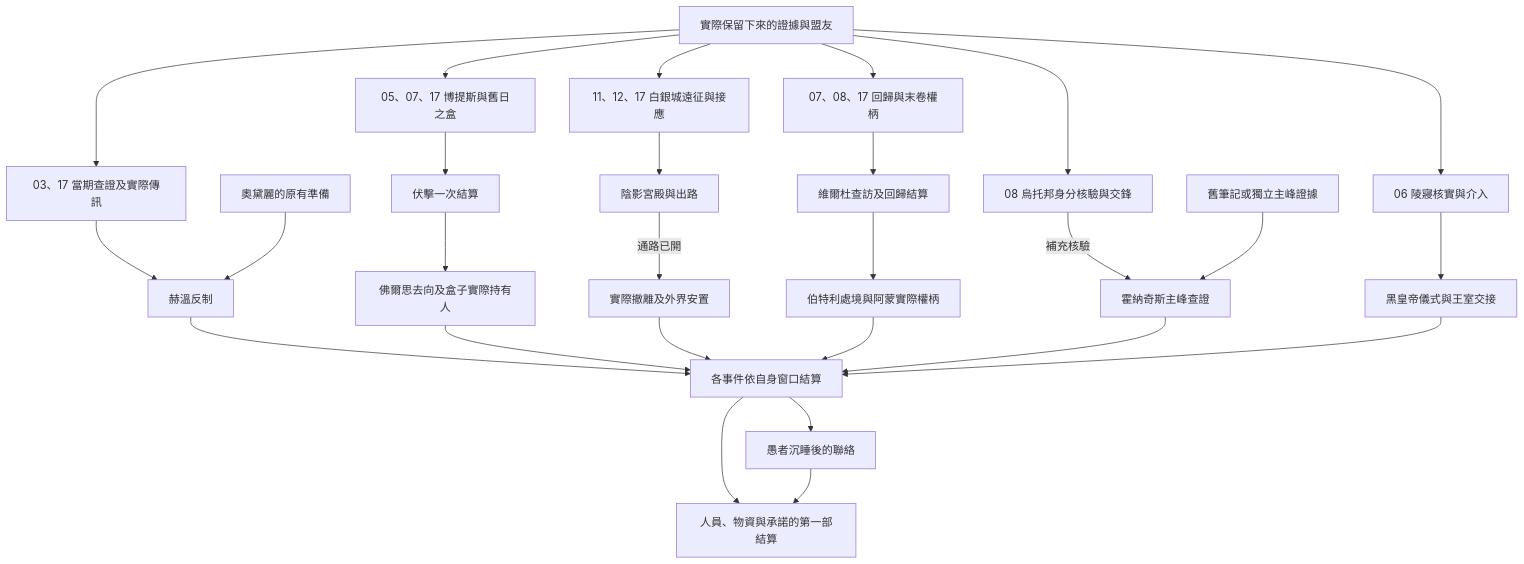
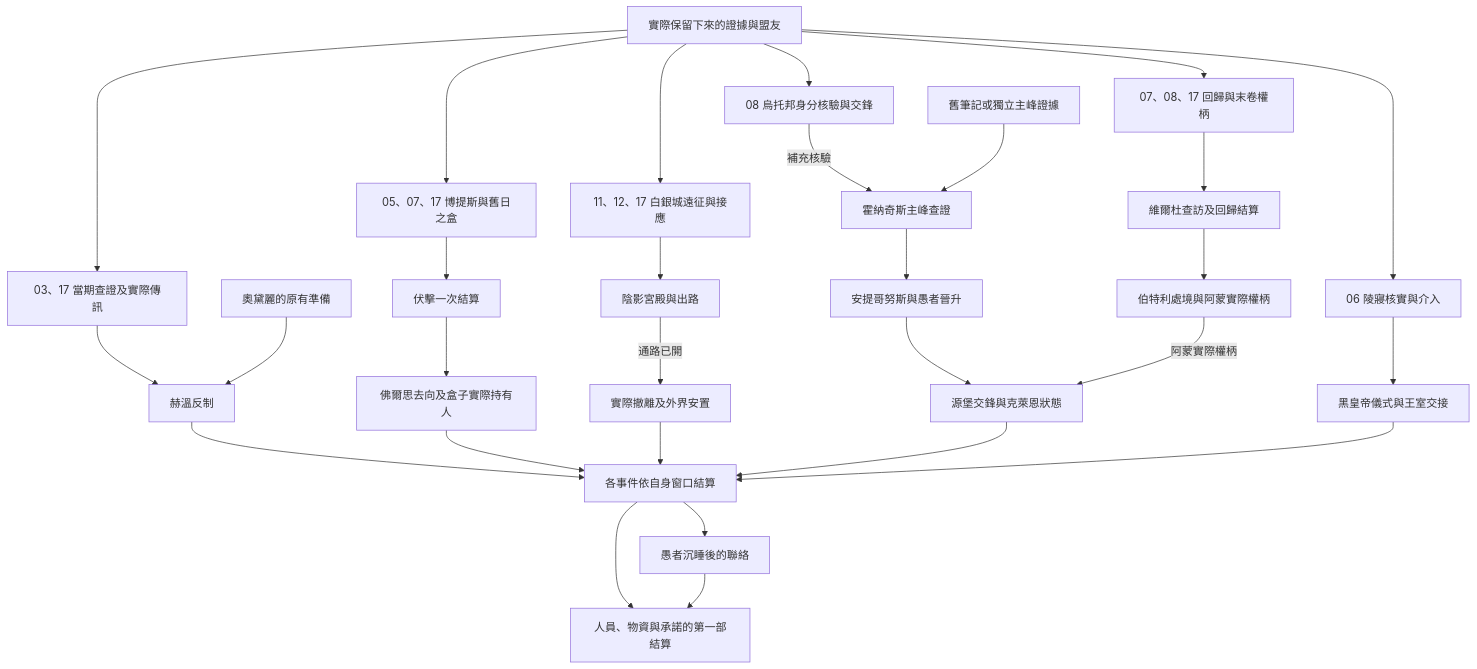
The sixth of 7 diagrams in game/events/part_one_story_tree.md (dragon961204-cmd/-), drawn with Mermaid before and after one commit. The commit also changed other lines of this file, not shown here.

Commit message:
第二十八批霍納奇斯與源堡之戰 part_one_story_tree.md

````diff
--- a/game/events/part_one_story_tree.md
+++ b/game/events/part_one_story_tree.md
@@ -136,29 +136,31 @@
 ```mermaid
 flowchart TD
     A["實際保留下來的證據與盟友"] --> L["03、17 當期查證及實際傳訊"]
     L --> B["赫溫反制"]
     M["奧黛麗的原有準備"] --> B
     A --> C["05、07、17 博提斯與舊日之盒"]
     A --> D["11、12、17 白銀城遠征與接應"]
     A --> E["07、08、17 回歸與末卷權柄"]
     E --> R["維爾杜查訪及回歸結算"]
     R --> S["伯特利處境與阿蒙實際權柄"]
     B --> F["各事件依自身窗口結算"]
     C --> N["伏擊一次結算"]
     N --> O["佛爾思去向及盒子實際持有人"]
     O --> F
     D --> P["陰影宮殿與出路"]
     P -->|"通路已開"| Q["實際撤離及外界安置"]
     Q --> F
-    S --> F
     A --> T["08 烏托邦身分核驗與交鋒"]
     T -->|"補充核驗"| U["霍納奇斯主峰查證"]
     V["舊筆記或獨立主峰證據"] --> U
-    U --> F
+    U --> W["安提哥努斯與愚者晉升"]
+    W --> X["源堡交鋒與克萊恩狀態"]
+    S -->|"阿蒙實際權柄"| X
+    X --> F
     A --> J["06 陵寢核實與介入"]
     J --> K["黑皇帝儀式與王室交接"]
     K --> F
     F --> G["愚者沉睡後的聯絡"]
     F --> H["人員、物資與承諾的第一部結算"]
     G --> H
 ```
````
